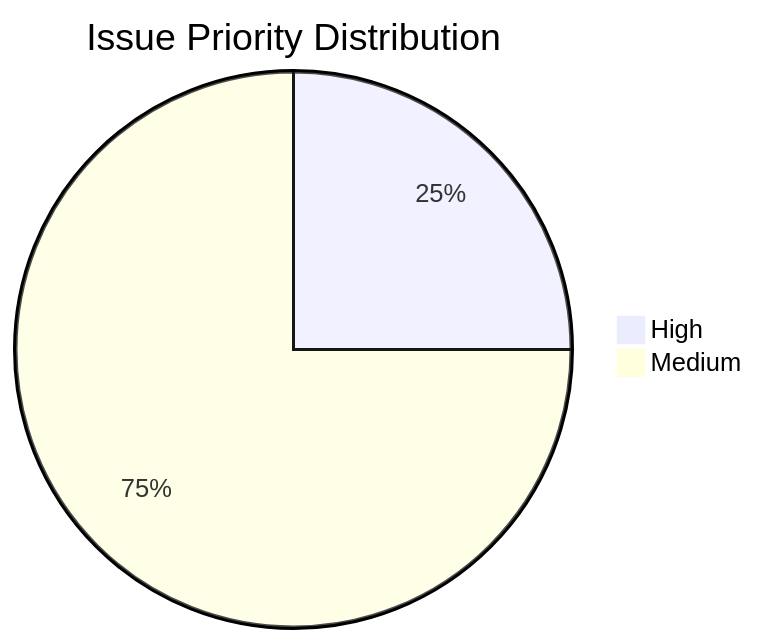
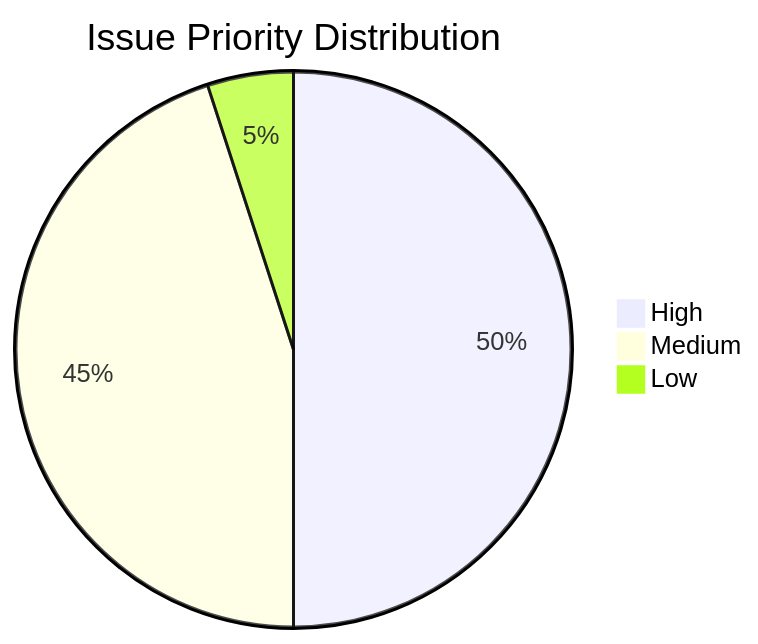
The diagram in Docs/issues/open-issues.md (jerseycheese/BootHillGM), drawn with Mermaid before and after one commit. The commit also changed other lines of this file and 1 other file, not shown here.

````diff
--- a/Docs/issues/open-issues.md
+++ b/Docs/issues/open-issues.md
@@ -134,5 +265,6 @@
 ```mermaid
 pie title Issue Priority Distribution
-    "High": 2
-    "Medium": 6
+  "High": 10
+  "Medium": 9
+  "Low": 1
 ```
````
